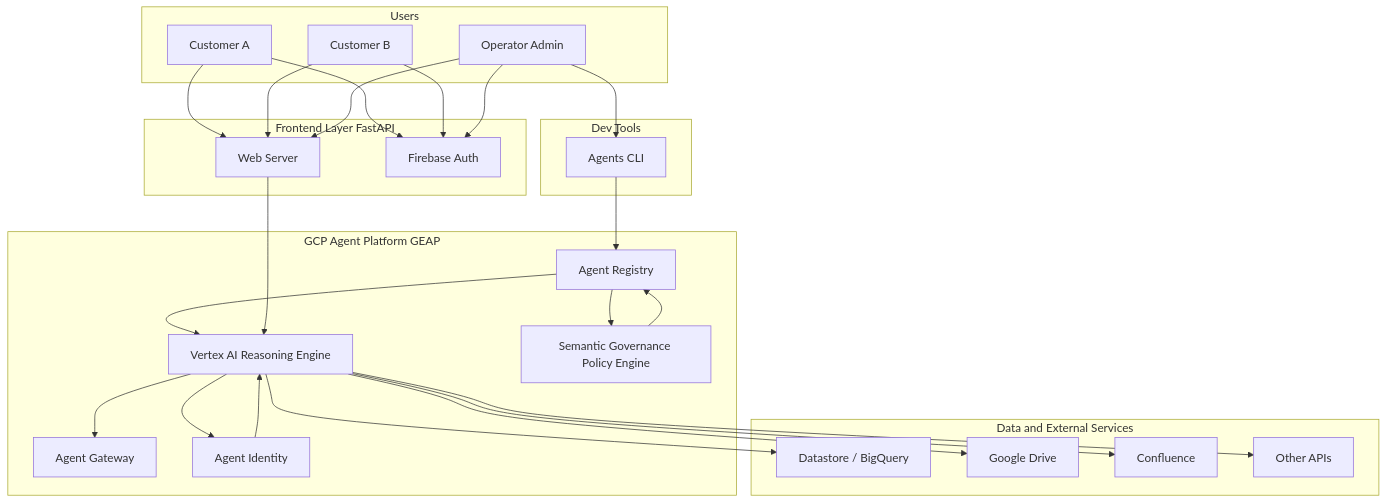
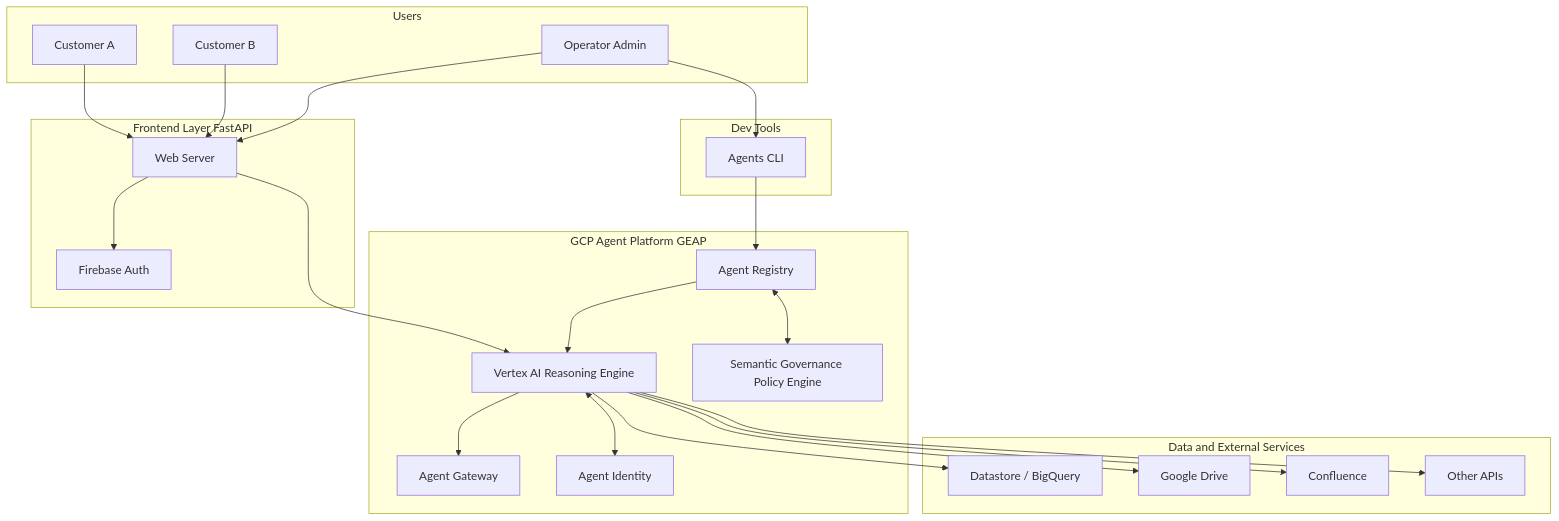
Before and after one commit to tuts2024/geap-multi-tenant-governance: the diagram in README.md, drawn with Mermaid.

Commit message:
Simplify diagram arrows to reduce clutter

````diff
--- a/README.md
+++ b/README.md
@@ -20,60 +20,56 @@
 ```mermaid
 graph TD
     subgraph Users
         CustA[Customer A]
         CustB[Customer B]
         Op[Operator Admin]
     end
 
     subgraph DevTools[Dev Tools]
         CLI[Agents CLI]
     end
 
     subgraph Frontend_Layer[Frontend Layer FastAPI]
         FE[Web Server]
         FB[Firebase Auth]
     end
 
     subgraph GCP_Platform[GCP Agent Platform GEAP]
         RE[Vertex AI Reasoning Engine]
         AG[Agent Gateway]
         SGP[Semantic Governance Policy Engine]
         AI[Agent Identity]
         AR[Agent Registry]
     end
 
     subgraph Data_Services[Data and External Services]
         DB[Datastore / BigQuery]
         Drive[Google Drive]
         Conf[Confluence]
         Ext[Other APIs]
     end
 
     %% Flow
-    CustA --> FB
-    CustB --> FB
-    Op --> FB
-
     CustA --> FE
     CustB --> FE
     Op --> FE
     
+    FE --> FB
+    
     Op --> CLI
     CLI --> AR
-    AR --> RE
     
     FE --> RE
     
+    %% GEAP Internal
+    AR --> RE
+    AR <--> SGP
+    RE --> AG
+    RE <--> AI
+    
+    %% Data / External
     RE --> DB
-    AR --> SGP
-    SGP --> AR
-    
-    RE --> AG
-    
-    RE --> AI
-    AI --> RE
-    
     RE --> Drive
     RE --> Conf
     RE --> Ext
 ```
````
